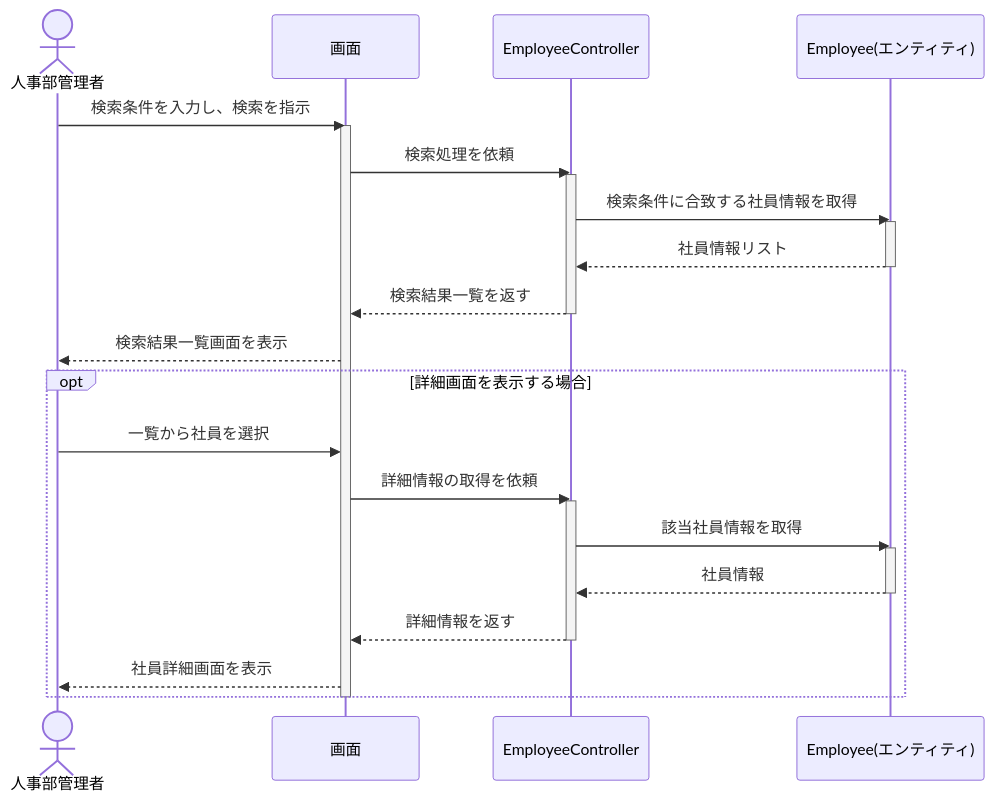
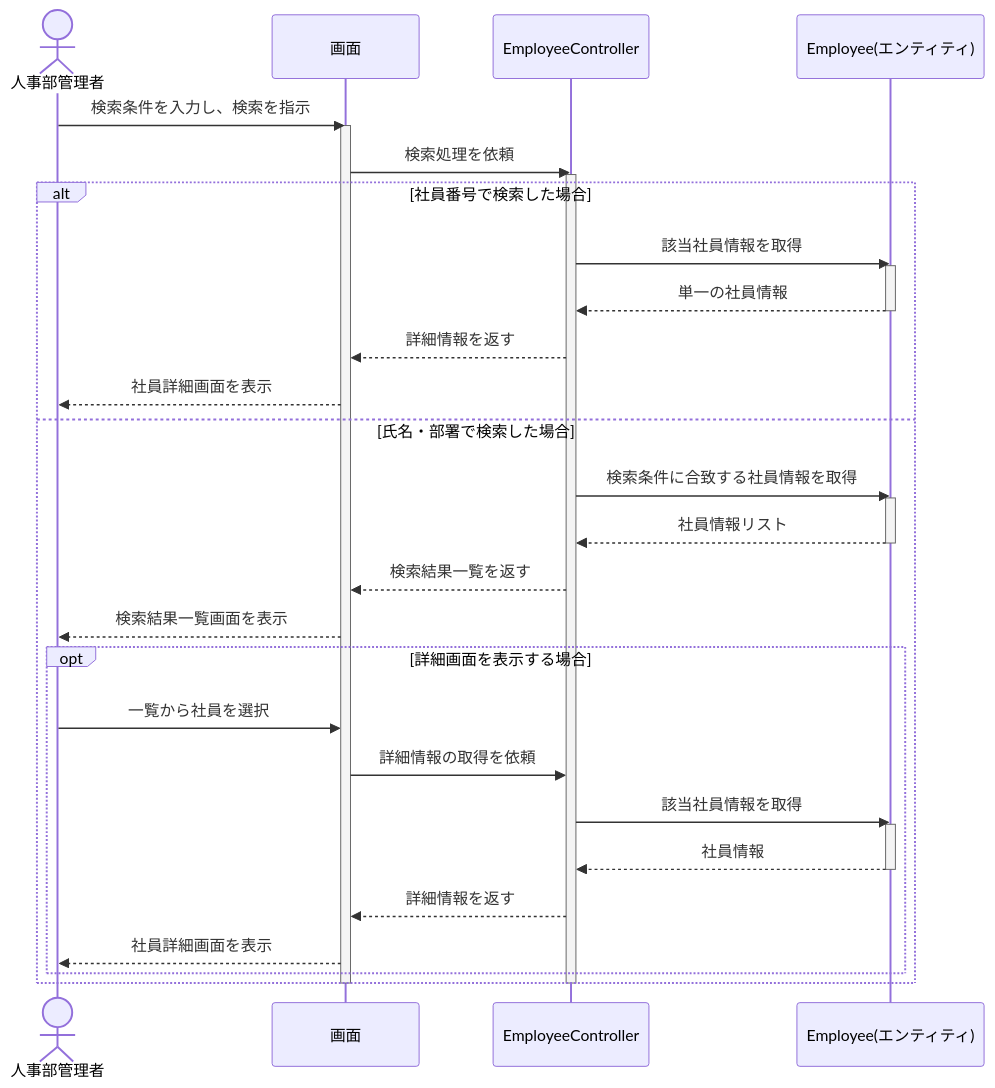
One commit to juyeongjung1/NewEIMS changed the eighth of 21 diagrams in EIMS_Comprehensive_Exercise_Guide.md. Above: the diagram before and after it, drawn with Mermaid. The commit also changed other lines of this file, not shown here.

Commit message:
分析・設計の両シーケンス図に、全検索パターンの分岐とトップページ導線を追加

````diff
--- a/EIMS_Comprehensive_Exercise_Guide.md
+++ b/EIMS_Comprehensive_Exercise_Guide.md
@@ -720,36 +720,43 @@
 ```mermaid
 sequenceDiagram
     actor Admin as 人事部管理者
     participant UI as 画面
     participant Ctrl as EmployeeController
     participant Emp as Employee(エンティティ)
 
     Admin ->> UI: 検索条件を入力し、検索を指示
     activate UI
     UI ->> Ctrl: 検索処理を依頼
     activate Ctrl
     
-    Ctrl ->> Emp: 検索条件に合致する社員情報を取得
-    activate Emp
-    Emp -->> Ctrl: 社員情報リスト
-    deactivate Emp
-    
-    Ctrl -->> UI: 検索結果一覧を返す
-    deactivate Ctrl
-    
-    UI -->> Admin: 検索結果一覧画面を表示
-    
-    opt 詳細画面を表示する場合
-        Admin ->> UI: 一覧から社員を選択
-        UI ->> Ctrl: 詳細情報の取得を依頼
-        activate Ctrl
+    alt 社員番号で検索した場合
         Ctrl ->> Emp: 該当社員情報を取得
         activate Emp
-        Emp -->> Ctrl: 社員情報
+        Emp -->> Ctrl: 単一の社員情報
         deactivate Emp
         Ctrl -->> UI: 詳細情報を返す
-        deactivate Ctrl
         UI -->> Admin: 社員詳細画面を表示
+    else 氏名・部署で検索した場合
+        Ctrl ->> Emp: 検索条件に合致する社員情報を取得
+        activate Emp
+        Emp -->> Ctrl: 社員情報リスト
+        deactivate Emp
+        
+        Ctrl -->> UI: 検索結果一覧を返す
+        UI -->> Admin: 検索結果一覧画面を表示
+        
+        opt 詳細画面を表示する場合
+            Admin ->> UI: 一覧から社員を選択
+            UI ->> Ctrl: 詳細情報の取得を依頼
+            Ctrl ->> Emp: 該当社員情報を取得
+            activate Emp
+            Emp -->> Ctrl: 社員情報
+            deactivate Emp
+            Ctrl -->> UI: 詳細情報を返す
+            UI -->> Admin: 社員詳細画面を表示
+        end
     end
+    
+    deactivate Ctrl
     deactivate UI
 ```
````
